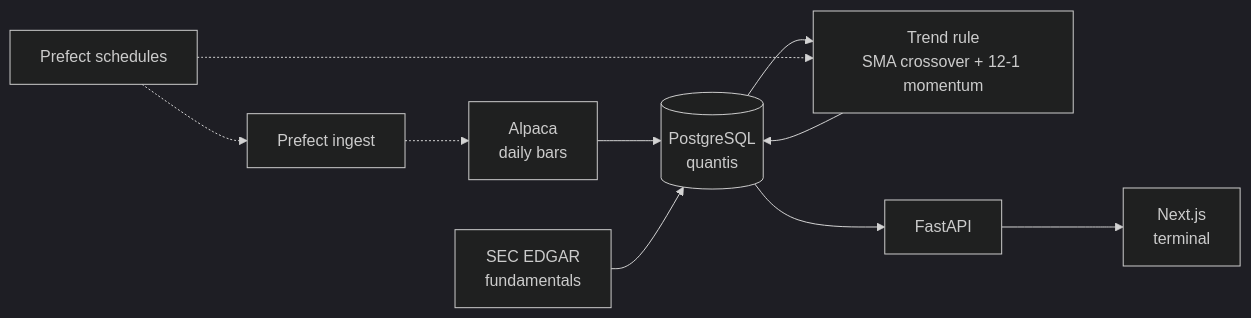
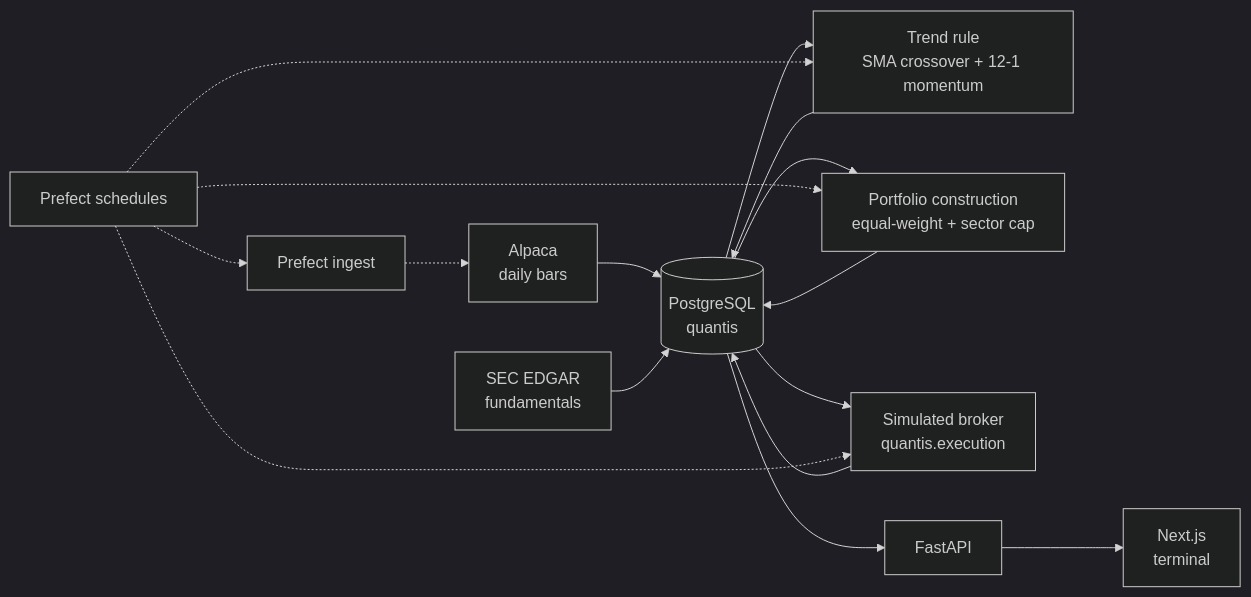
The diagram in README.md (nishantnayar/trading-public), drawn with Mermaid (dark theme) before and after one commit. The commit also changed other lines of this file and 15 other files, not shown here.

First line of the commit message:
Wire the portfolio construction into a simulated paper broker

````diff
--- a/README.md
+++ b/README.md
@@ -85,12 +92,18 @@
 ```mermaid
 flowchart LR
     A[Alpaca<br/>daily bars] --> B[(PostgreSQL<br/>quantis)]
     F[SEC EDGAR<br/>fundamentals] --> B
     B --> SIG[Trend rule<br/>SMA crossover + 12-1 momentum]
     SIG --> B
+    B --> PF[Portfolio construction<br/>equal-weight + sector cap]
+    PF --> B
+    B --> EX[Simulated broker<br/>quantis.execution]
+    EX --> B
     P[Prefect ingest] -.-> A
     Sc[Prefect schedules] -.-> P
     Sc -.-> SIG
+    Sc -.-> PF
+    Sc -.-> EX
     B --> API[FastAPI]
     API --> S[Next.js<br/>terminal]
 ```
````
